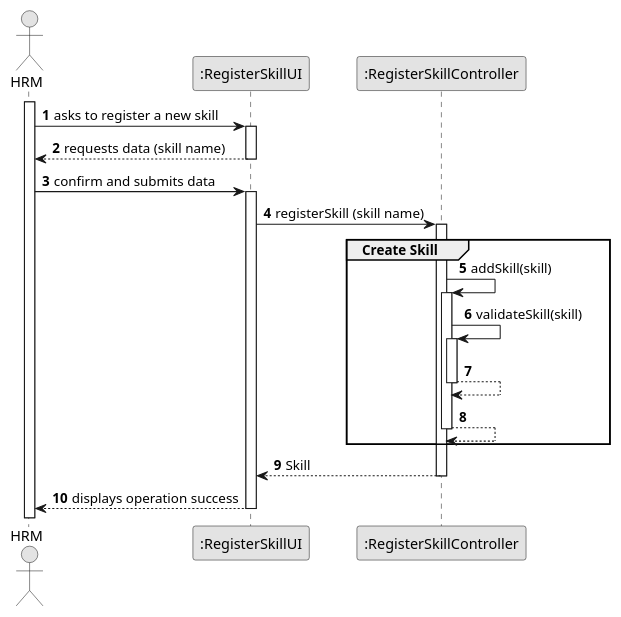
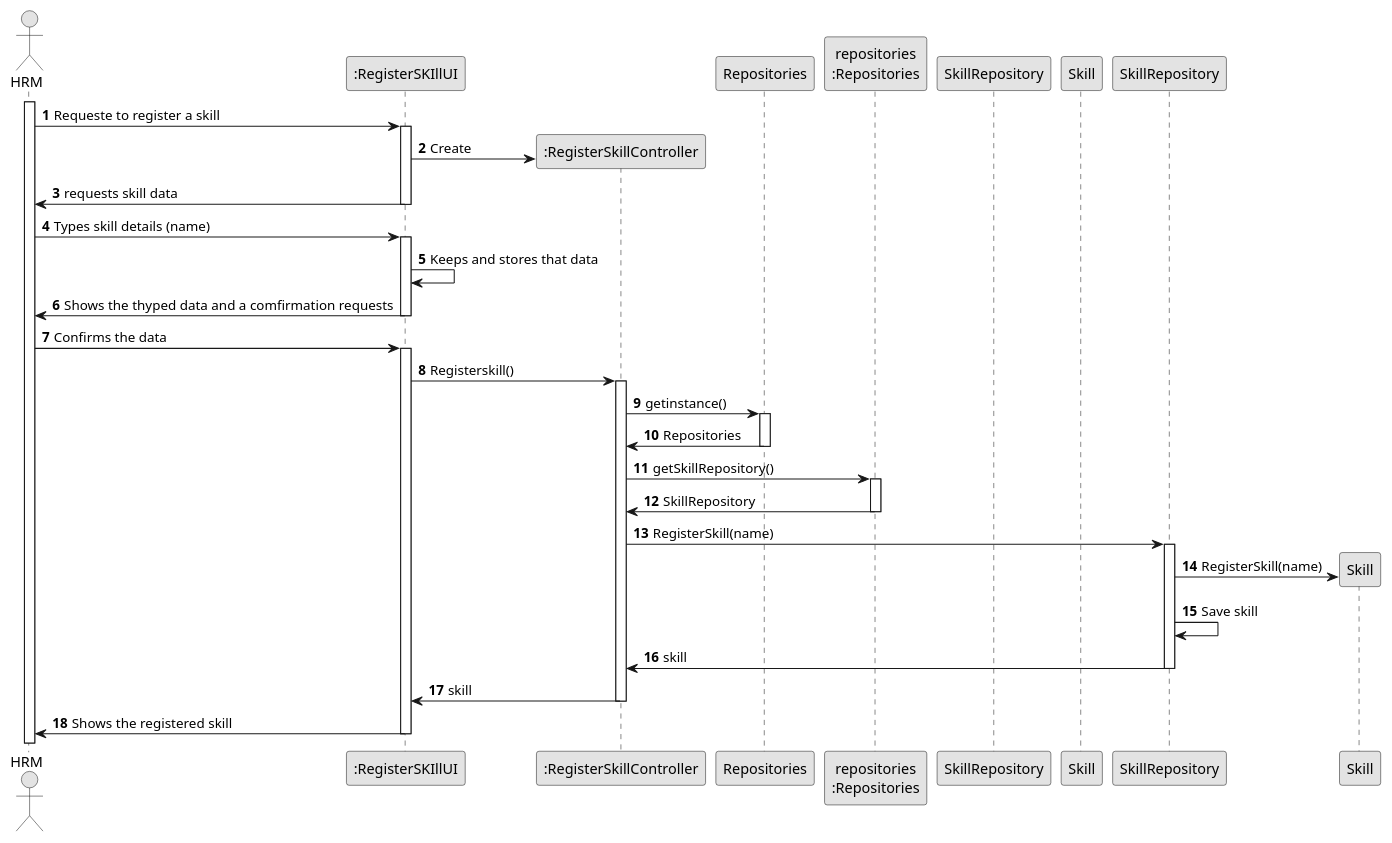
Before and after one commit to Departamento-de-Engenharia-Informatica/lei-24-s2-1dm-g132: the diagram in docs/sprintC/us001/03.design/puml/us001-sequence-diagram-full.puml, drawn with PlantUML. The commit also changed 52 other files, not shown here.

```diff
--- a/docs/sprintC/us001/03.design/puml/us001-sequence-diagram-full.puml
+++ b/docs/sprintC/us001/03.design/puml/us001-sequence-diagram-full.puml
@@ -1,50 +1,53 @@
 @startuml
 skinparam monochrome true
 skinparam packageStyle rectangle
 skinparam shadowing false
 
 autonumber
 
 'hide footbox
-actor "HRM" as HRM
-participant ":RegisterSkillUI" as UI
-participant ":RegisterSkillController" as CTRL
+actor "HRM" as USER
 
-activate HRM
+participant ":RegisterSKIllUI" as RegisterSkillUI
+participant ":RegisterSkillController" as RegisterSkillController
+participant "Repositories" as Repositories
+participant "repositories\n:Repositories" as repRep
+participant "SkillRepository" as skillRepository
+participant "Skill" as skill
 
-        HRM -> UI : asks to register a new skill
-activate UI
-
-        UI --> HRM : requests data (skill name)
-         deactivate UI
-
-    HRM -> UI : confirm and submits data
-        activate UI
-
-                UI -> CTRL : registerSkill (skill name)
-            activate CTRL
-    group Create Skill
-
-                                        CTRL -> CTRL: addSkill(skill)
-
-                                                                           activate CTRL
-                                                                               CTRL -> CTRL: validateSkill(skill)
-                                                                               activate CTRL
-                                                                                   CTRL --> CTRL
-                                                                               deactivate CTRL
-
-                                                                               CTRL --> CTRL
-                                                                               deactivate CTRL
-                                                                               end
-
-            CTRL --> UI : Skill
-            deactivate CTRL
-
-
-            UI --> HRM : displays operation success
-        deactivate UI
-
-
+activate USER
+USER -> RegisterSkillUI : Requeste to register a skill
+activate RegisterSkillUI
+RegisterSkillUI -> RegisterSkillController** : Create
+RegisterSkillUI -> USER : requests skill data
+deactivate RegisterSkillUI
+USER -> RegisterSkillUI : Types skill details (name)
+activate RegisterSkillUI
+RegisterSkillUI -> RegisterSkillUI : Keeps and stores that data
+RegisterSkillUI -> USER : Shows the thyped data and a comfirmation requests
+deactivate RegisterSkillUI
+USER -> RegisterSkillUI : Confirms the data
+activate RegisterSkillUI
+RegisterSkillUI -> RegisterSkillController : Registerskill()
+activate RegisterSkillController
+RegisterSkillController -> Repositories : getinstance()
+activate Repositories
+Repositories -> RegisterSkillController : Repositories
+deactivate Repositories
+RegisterSkillController -> repRep : getSkillRepository()
+activate repRep
+repRep -> RegisterSkillController : SkillRepository
+deactivate repRep
+RegisterSkillController -> SkillRepository: RegisterSkill(name)
+activate SkillRepository
+SkillRepository -> Skill** : RegisterSkill(name)
+SkillRepository -> SkillRepository : Save skill
+SkillRepository -> RegisterSkillController : skill
+deactivate SkillRepository
+RegisterSkillController -> RegisterSkillUI : skill
+deactivate RegisterSkillController
+RegisterSkillUI -> USER : Shows the registered skill
+deactivate RegisterSkillUI
 
 
 @enduml
```
